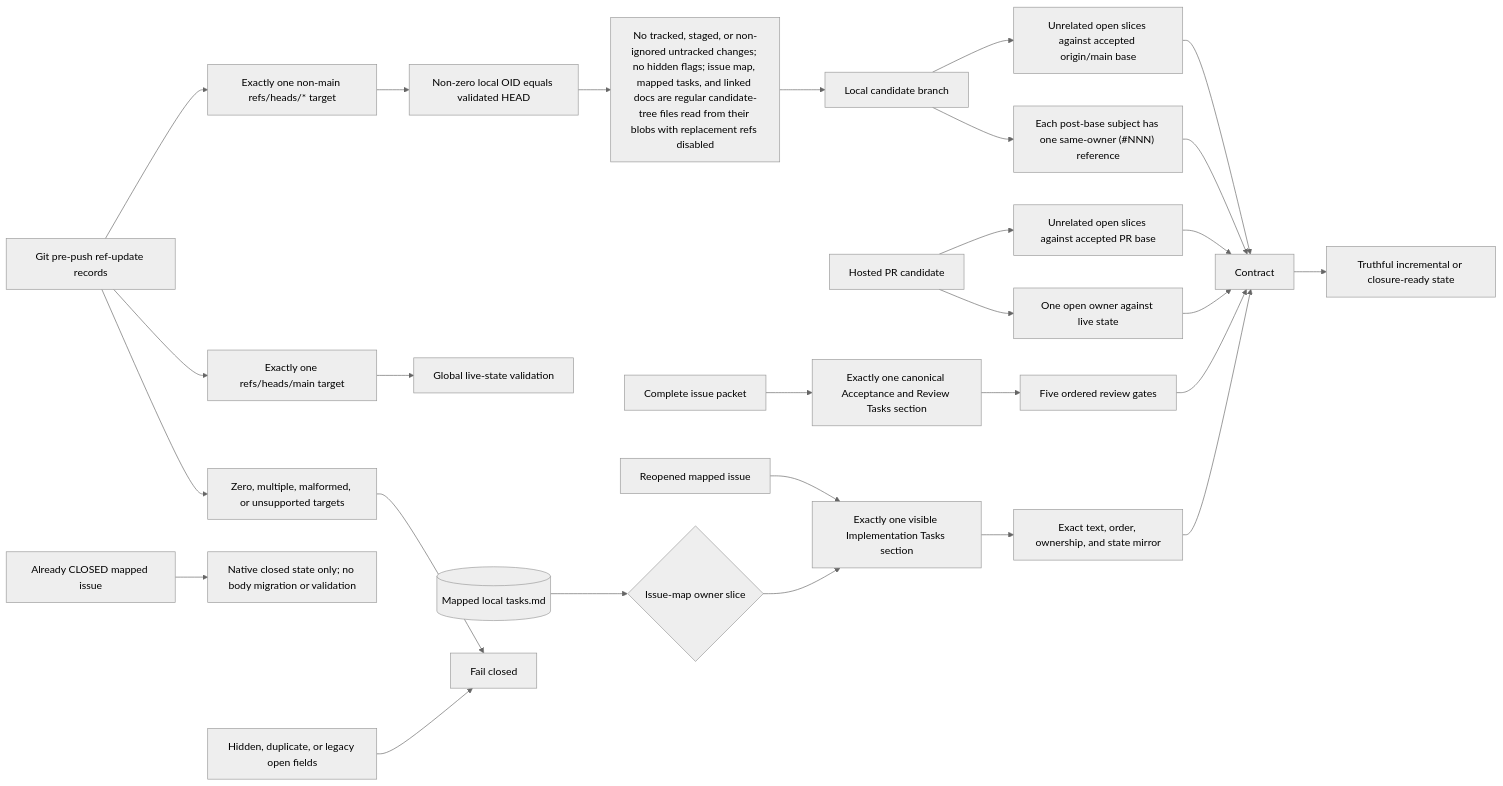
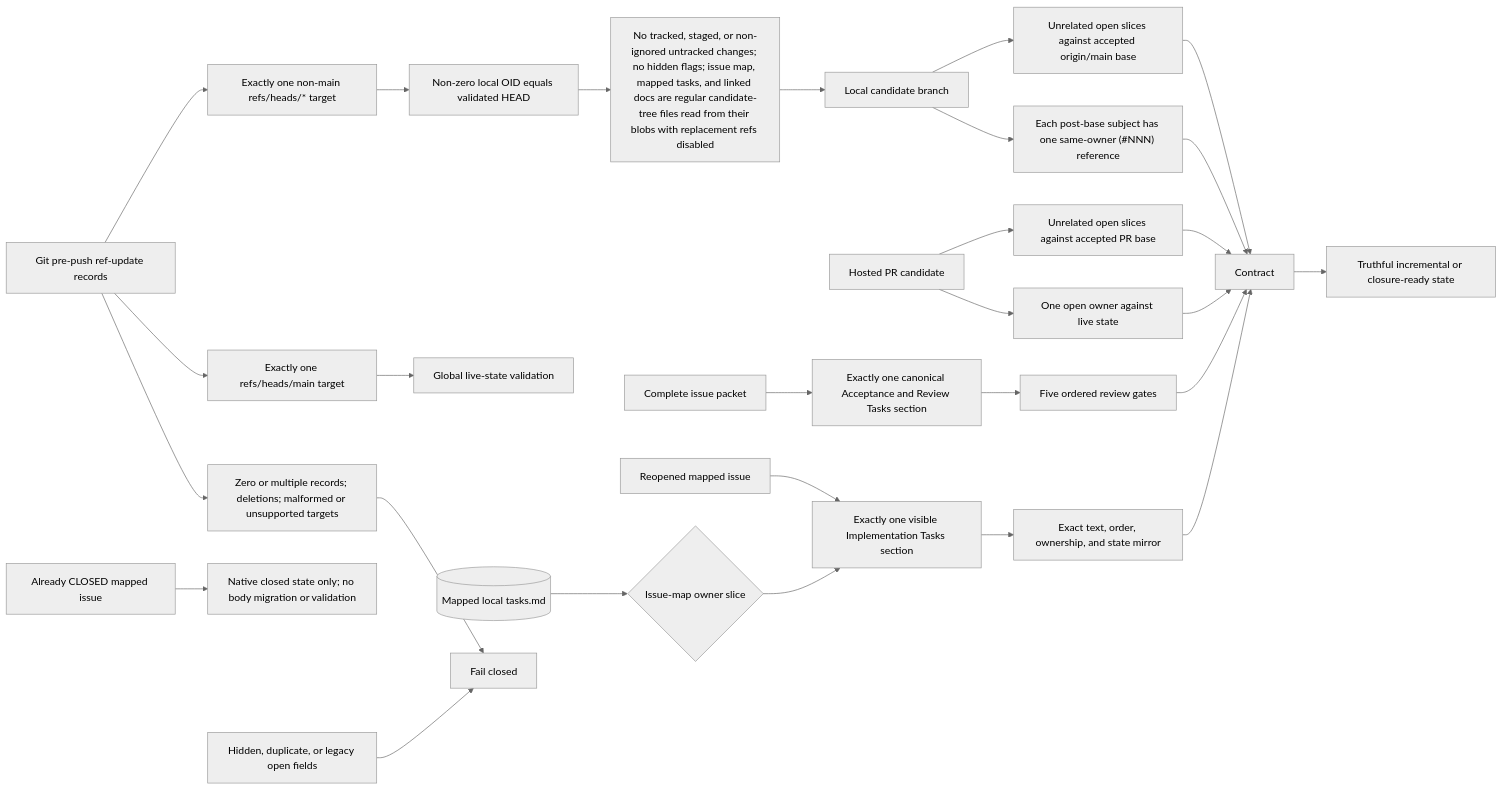
One commit to styler-ai/ProjectAtlas changed the first of 28 diagrams in docs/v050-release-architecture.md. Above: the diagram before and after it, drawn with Mermaid (neutral theme). The commit also changed 2 other files, not shown here.

Commit message:
fix(issueops): reject branch deletions (#549)

````diff
--- a/docs/v050-release-architecture.md
+++ b/docs/v050-release-architecture.md
@@ -7,30 +7,30 @@
 ```mermaid
 flowchart LR
     LocalTasks[(Mapped local tasks.md)] --> OwnerSlice{Issue-map owner slice}
     OwnerSlice --> Implementation[Exactly one visible Implementation Tasks section]
     IssuePacket[Complete issue packet] --> Acceptance[Exactly one canonical Acceptance and Review Tasks section]
     Implementation --> Sync[Exact text, order, ownership, and state mirror]
     Acceptance --> Gates[Five ordered review gates]
     Sync --> Contract
     Gates --> Contract
     PR[Hosted PR candidate] --> Owner[One open owner against live state]
     PR --> Base[Unrelated open slices against accepted PR base]
     Push[Git pre-push ref-update records] --> MainTarget["Exactly one refs/heads/main target"]
     Push --> CandidateTarget["Exactly one non-main refs/heads/* target"]
-    Push --> InvalidTarget["Zero, multiple, malformed, or unsupported targets"]
+    Push --> InvalidTarget["Zero or multiple records; deletions; malformed or unsupported targets"]
     MainTarget --> Global[Global live-state validation]
     CandidateTarget --> CandidateObject["Non-zero local OID equals validated HEAD"]
     CandidateObject --> CandidateClean["No tracked, staged, or non-ignored untracked changes; no hidden flags; issue map, mapped tasks, and linked docs are regular candidate-tree files read from their blobs with replacement refs disabled"]
     CandidateClean --> Candidate[Local candidate branch]
     Candidate --> CandidateOwner["Each post-base subject has one same-owner (#NNN) reference"]
     Candidate --> CandidateBase["Unrelated open slices against accepted origin/main base"]
     Owner --> Contract
     Base --> Contract
     CandidateOwner --> Contract
     CandidateBase --> Contract
     Closed[Already CLOSED mapped issue] --> Inert[Native closed state only; no body migration or validation]
     Reopened[Reopened mapped issue] --> Implementation
     Hidden[Hidden, duplicate, or legacy open fields] --> Reject[Fail closed]
     InvalidTarget --> Reject
     Contract --> Ready[Truthful incremental or closure-ready state]
 ```
````
